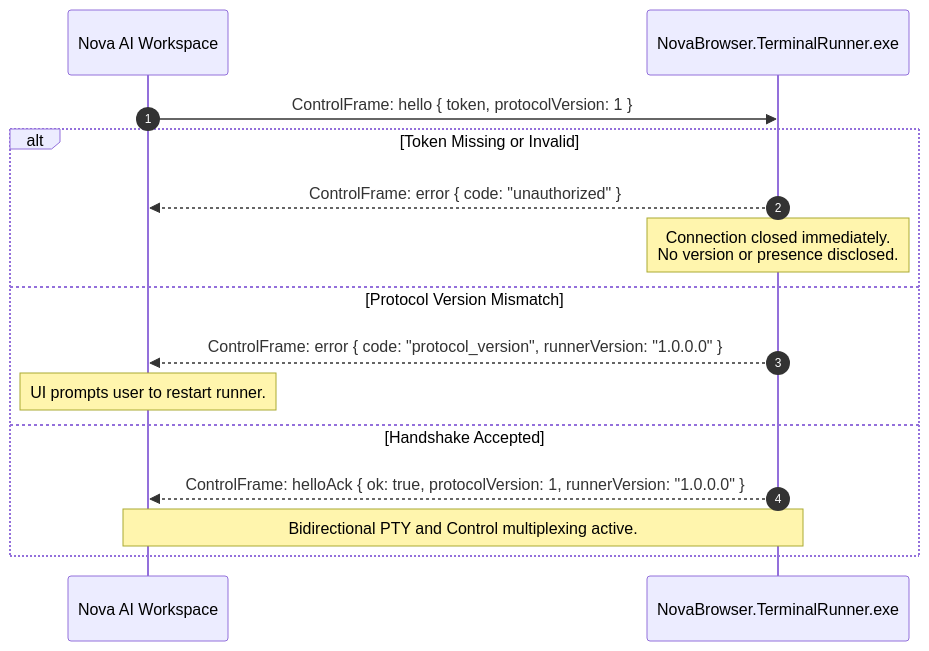
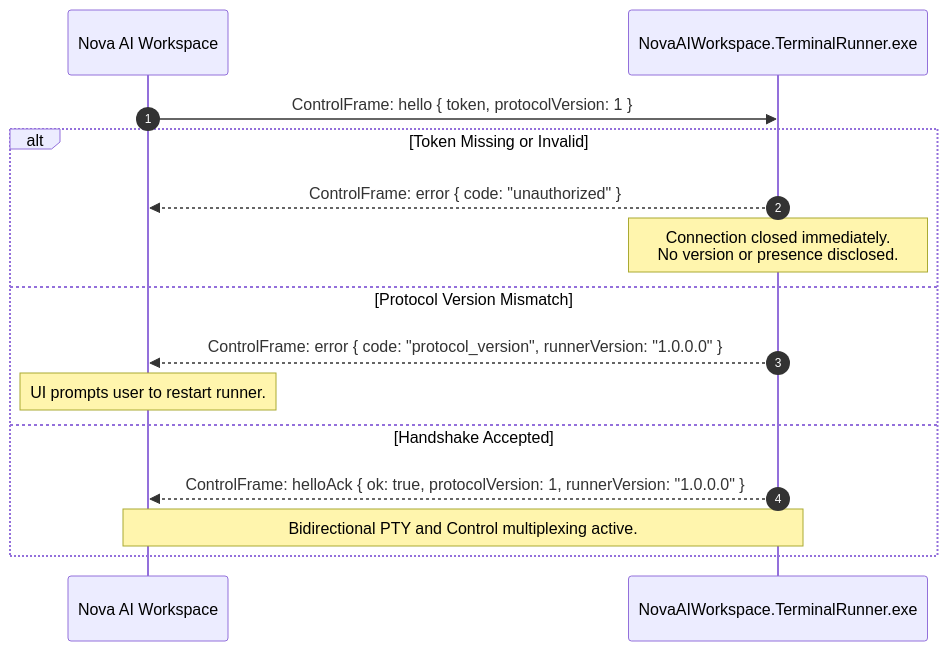
The third of 5 diagrams in docs/components/terminal-runner.md (joelaniol/nova), drawn with Mermaid before and after one commit. The commit also changed other lines of this file and 58 other files, not shown here.

Commit message:
docs: run_rows tools, fastlane memory tools, NovaAIWorkspace helper names

````diff
--- a/docs/components/terminal-runner.md
+++ b/docs/components/terminal-runner.md
@@ -152,19 +152,19 @@
 ```mermaid
 sequenceDiagram
     autonumber
     participant Nova as Nova AI Workspace
-    participant Runner as NovaBrowser.TerminalRunner.exe
+    participant Runner as NovaAIWorkspace.TerminalRunner.exe
 
     Nova->>Runner: ControlFrame: hello { token, protocolVersion: 1 }
     
     alt Token Missing or Invalid
         Runner-->>Nova: ControlFrame: error { code: "unauthorized" }
         Note over Runner: Connection closed immediately.<br/>No version or presence disclosed.
     else Protocol Version Mismatch
         Runner-->>Nova: ControlFrame: error { code: "protocol_version", runnerVersion: "1.0.0.0" }
         Note over Nova: UI prompts user to restart runner.
     else Handshake Accepted
         Runner-->>Nova: ControlFrame: helloAck { ok: true, protocolVersion: 1, runnerVersion: "1.0.0.0" }
         Note over Nova,Runner: Bidirectional PTY and Control multiplexing active.
     end
 ```
````
